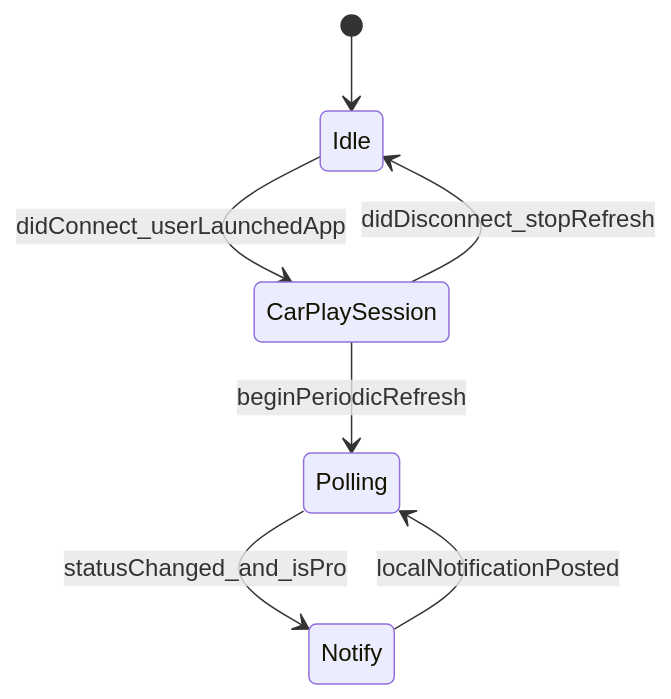
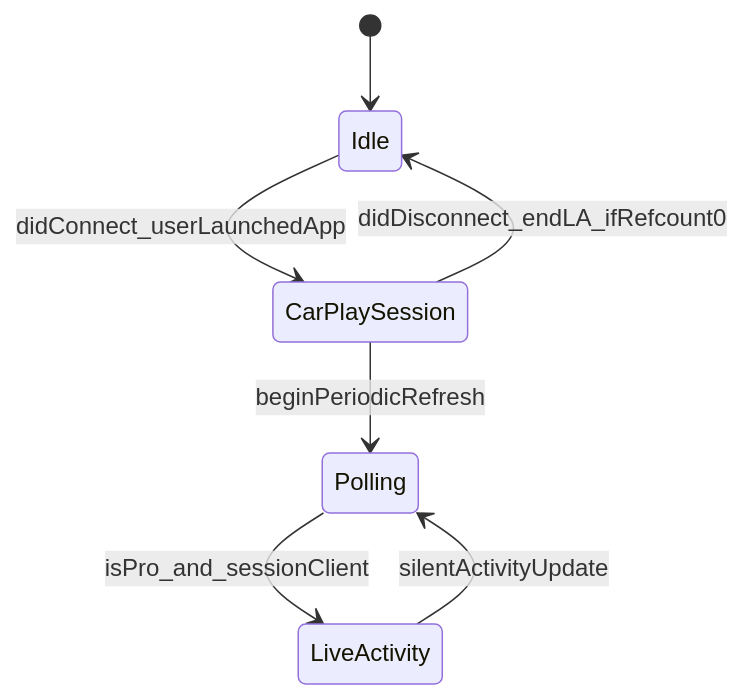
Before and after one commit to vil4engineering/regional-check: the third of 3 diagrams in docs/storekit-subscription-plan.md, drawn with Mermaid. The commit also changed other lines of this file and 5 other files, not shown here.

Commit message:
fix(subscriptions): reconcile Live Activity on Pro unlock and sync plan docs

````diff
--- a/docs/storekit-subscription-plan.md
+++ b/docs/storekit-subscription-plan.md
@@ -159,9 +158,9 @@
 ```mermaid
 stateDiagram-v2
   [*] --> Idle
   Idle --> CarPlaySession: didConnect_userLaunchedApp
   CarPlaySession --> Polling: beginPeriodicRefresh
-  Polling --> Notify: statusChanged_and_isPro
-  Notify --> Polling: localNotificationPosted
-  CarPlaySession --> Idle: didDisconnect_stopRefresh
+  Polling --> LiveActivity: isPro_and_sessionClient
+  LiveActivity --> Polling: silentActivityUpdate
+  CarPlaySession --> Idle: didDisconnect_endLA_ifRefcount0
 ```
````
